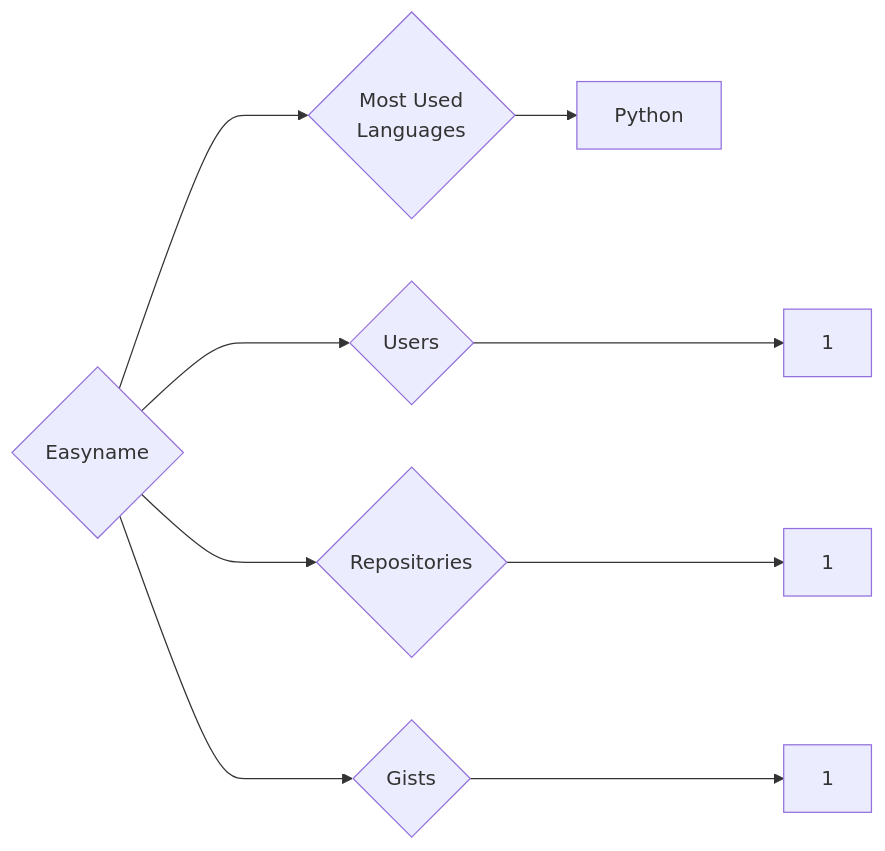
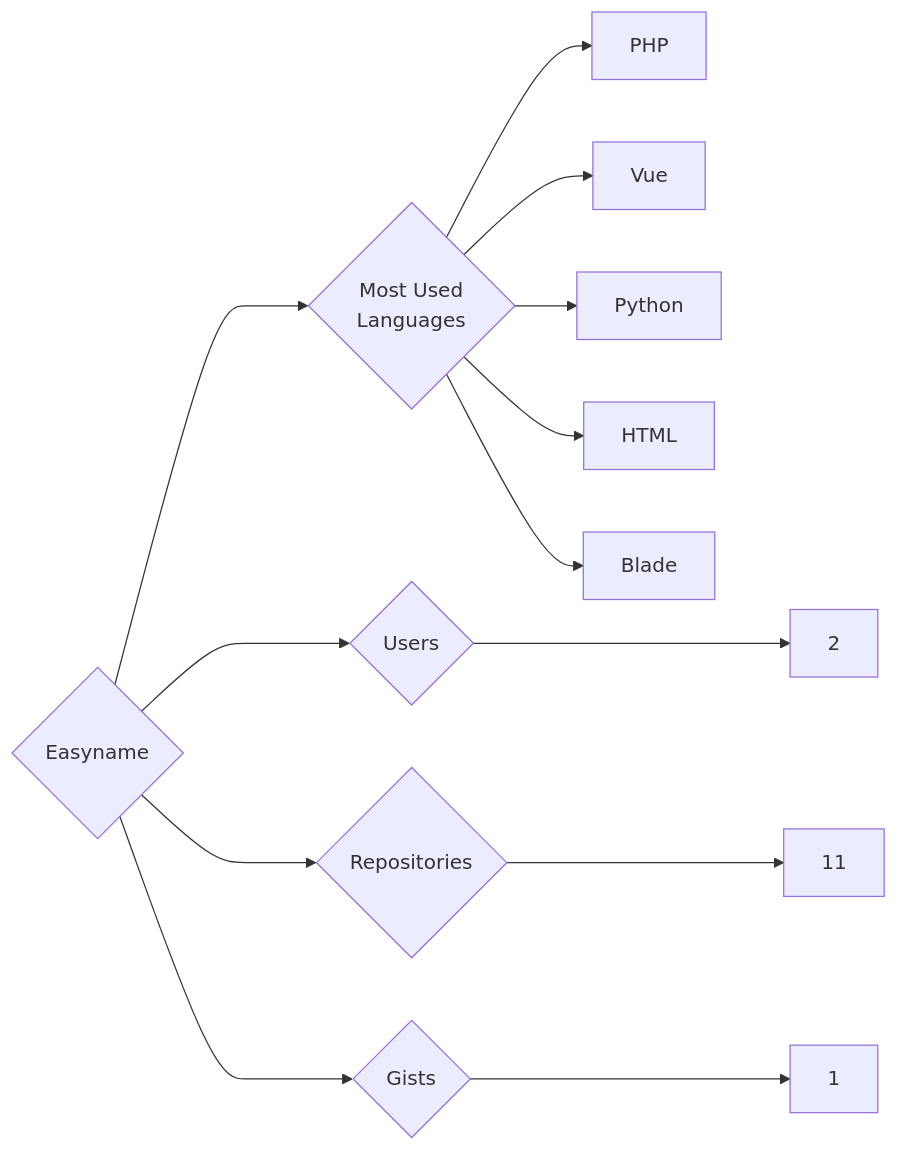
One commit to trickest/insiders changed the diagram in targets/Easyname/README.md. Above: the diagram before and after it, drawn with Mermaid. The commit also changed 1089 other files, not shown here.

````diff
--- a/targets/Easyname/README.md
+++ b/targets/Easyname/README.md
@@ -3,9 +3,13 @@
 ```mermaid
 graph LR
 COMPANY_NAME{Easyname}
-COMPANY_NAME ---> U{Users} ---> UN[1]
-COMPANY_NAME ---> R{Repositories} ---> RN[1]
+COMPANY_NAME ---> U{Users} ---> UN[2]
+COMPANY_NAME ---> R{Repositories} ---> RN[11]
 COMPANY_NAME ---> G{Gists} ---> GN[1]
 COMPANY_NAME ---> ML{Most Used<br>Languages}
+ML --> PHP[PHP]
+ML --> Vue[Vue]
 ML --> Python[Python]
+ML --> HTML[HTML]
+ML --> Blade[Blade]
 ```
````
